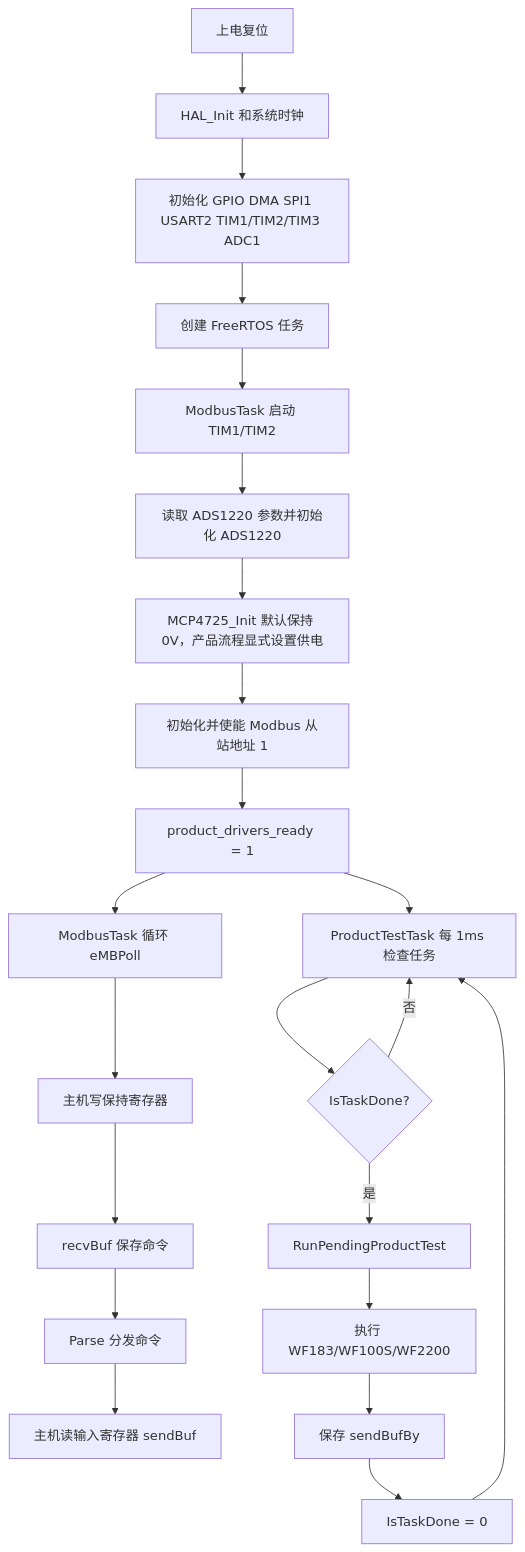
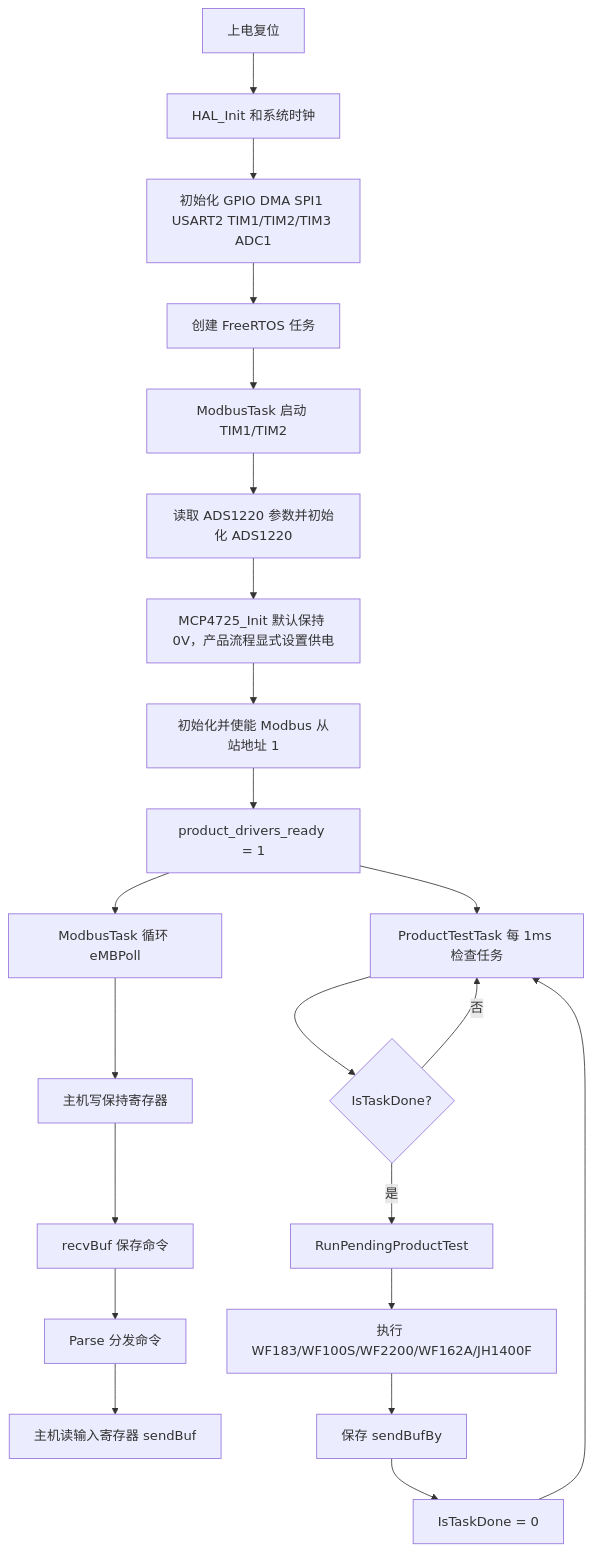
Before and after one commit to renletao/ADC: the second of 10 diagrams in ADC_New_20260612/TEST_FLOW.md, drawn with Mermaid. The commit also changed other lines of this file and 9 other files, not shown here.

````diff
--- a/ADC_New_20260612/TEST_FLOW.md
+++ b/ADC_New_20260612/TEST_FLOW.md
@@ -64,24 +68,24 @@
 ```mermaid
 flowchart TD
     A[上电复位] --> B[HAL_Init 和系统时钟]
     B --> C[初始化 GPIO DMA SPI1 USART2 TIM1/TIM2/TIM3 ADC1]
     C --> D[创建 FreeRTOS 任务]
     D --> E[ModbusTask 启动 TIM1/TIM2]
     E --> F[读取 ADS1220 参数并初始化 ADS1220]
     F --> G[MCP4725_Init 默认保持 0V，产品流程显式设置供电]
     G --> H[初始化并使能 Modbus 从站地址 1]
     H --> I[product_drivers_ready = 1]
     I --> J[ModbusTask 循环 eMBPoll]
     I --> K[ProductTestTask 每 1ms 检查任务]
     J --> L[主机写保持寄存器]
     L --> M[recvBuf 保存命令]
     M --> N[Parse 分发命令]
     N --> O[主机读输入寄存器 sendBuf]
     K --> P{IsTaskDone?}
     P -- 否 --> K
     P -- 是 --> Q[RunPendingProductTest]
-    Q --> R[执行 WF183/WF100S/WF2200]
+    Q --> R[执行 WF183/WF100S/WF2200/WF162A/JH1400F]
     R --> S[保存 sendBufBy]
     S --> T[IsTaskDone = 0]
     T --> K
 ```
````
